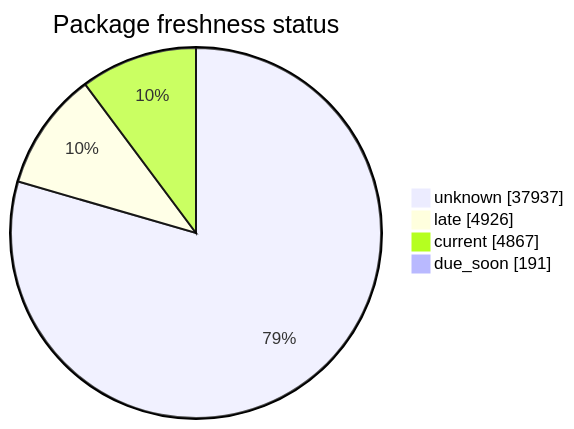
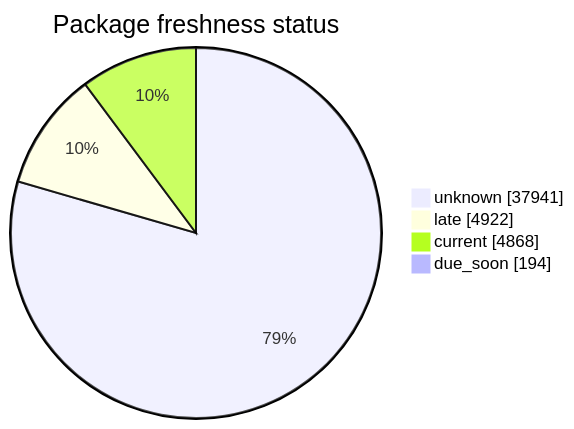
The second of 5 diagrams in FreshCheck/README.md (open-data/analytics-corporate-reporting), drawn with Mermaid before and after one commit. The commit also changed other lines of this file and 3 other files, not shown here.

````diff
--- a/FreshCheck/README.md
+++ b/FreshCheck/README.md
@@ -68,7 +68,7 @@
 ```mermaid
 pie showData title Package freshness status
-    "unknown": 37937
-    "late": 4926
-    "current": 4867
-    "due_soon": 191
+    "unknown": 37941
+    "late": 4922
+    "current": 4868
+    "due_soon": 194
 ```
````
